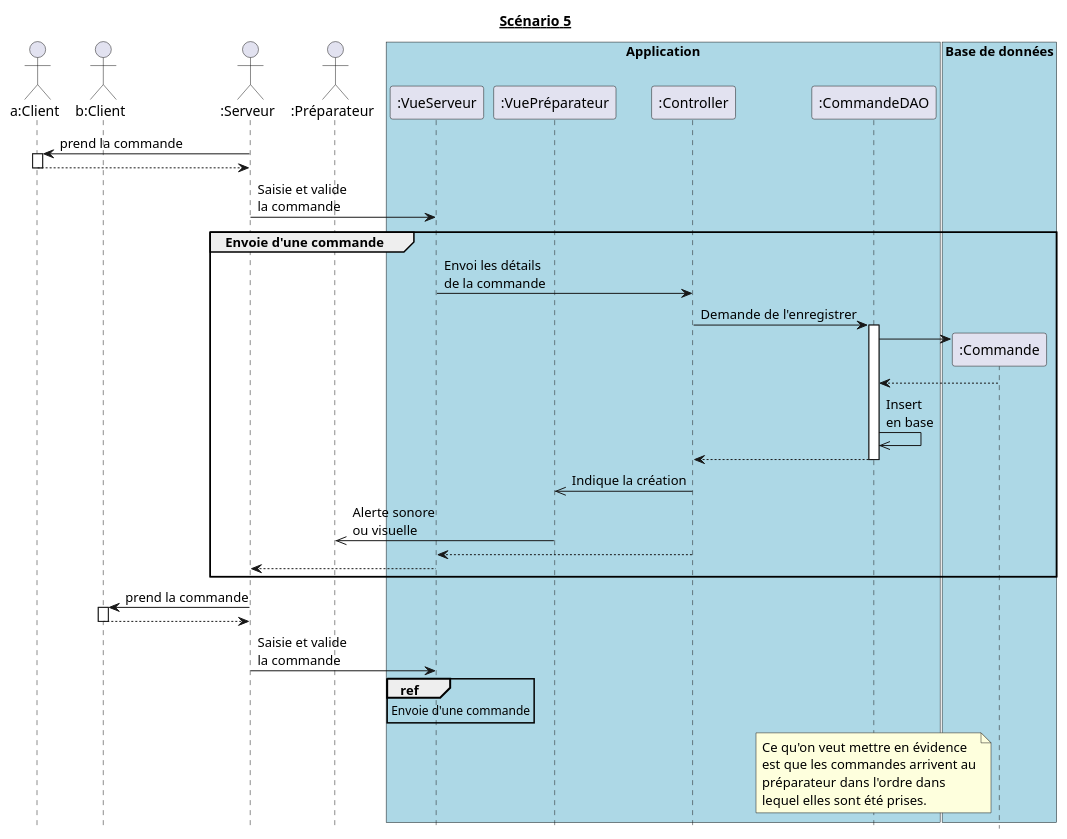
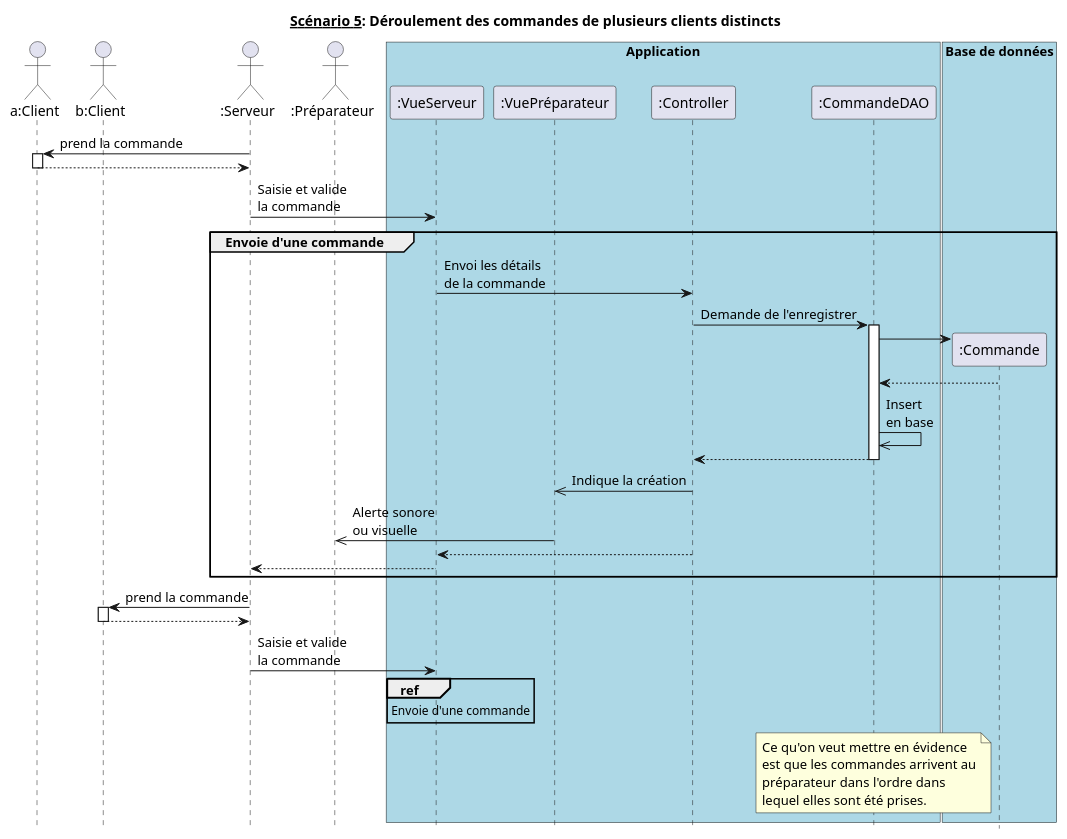
The diagram in diagrammes_sequences_detailles/dss5.md (hulskenA/GL-Les_seigneurs_du_resto), drawn with PlantUML before and after one commit. The commit also changed 14 other files, not shown here.

````diff
--- a/diagrammes_sequences_detailles/dss5.md
+++ b/diagrammes_sequences_detailles/dss5.md
@@ -1,67 +1,67 @@
 ```puml
 @startuml
 hide footbox
-title __Scénario 5__
+title __Scénario 5__: Déroulement des commandes de plusieurs clients distincts
 
 actor "a:Client" as ClientA order 10
 actor "b:Client" as ClientB order 20
 actor ":Serveur" as Serveur order 30
 actor ":Préparateur" as Préparateur order 40
 
 box "Application" #Lightblue
   participant ":VueServeur" as VueServeur order 50
   participant ":VuePréparateur" as VuePréparateur order 60
   participant ":Controller" as Controller order 70
   participant ":CommandeDAO" as CommandeDAO order 80
 endbox
 
 box "Base de données" #Lightblue
   participant ":Commande" as Commande order 90
 endbox
 
 Serveur -> ClientA : prend la commande
 activate ClientA
 Serveur <-- ClientA
 deactivate ClientA
 
 Serveur -> VueServeur : Saisie et valide\nla commande
 
 group Envoie d'une commande
   VueServeur -> Controller : Envoi les détails\nde la commande
   Controller -> CommandeDAO : Demande de l'enregistrer
 
   activate CommandeDAO    
     create Commande
     CommandeDAO -> Commande
     CommandeDAO <-- Commande
 
     CommandeDAO ->> CommandeDAO : Insert\nen base
     CommandeDAO --> Controller
   deactivate CommandeDAO
 
   Controller ->> VuePréparateur : Indique la création
   VuePréparateur ->> Préparateur : Alerte sonore\nou visuelle
   Controller --> VueServeur
   VueServeur --> Serveur
 end
 
 Serveur -> ClientB : prend la commande
 activate ClientB
 Serveur <-- ClientB
 deactivate ClientB
 
 Serveur -> VueServeur : Saisie et valide\nla commande
 
 ref over VueServeur
     Envoie d'une commande
 end
 
 note over CommandeDAO
   Ce qu'on veut mettre en évidence
   est que les commandes arrivent au
   préparateur dans l'ordre dans
   lequel elles sont été prises.
 end note
 
 @enduml
 ```
````
